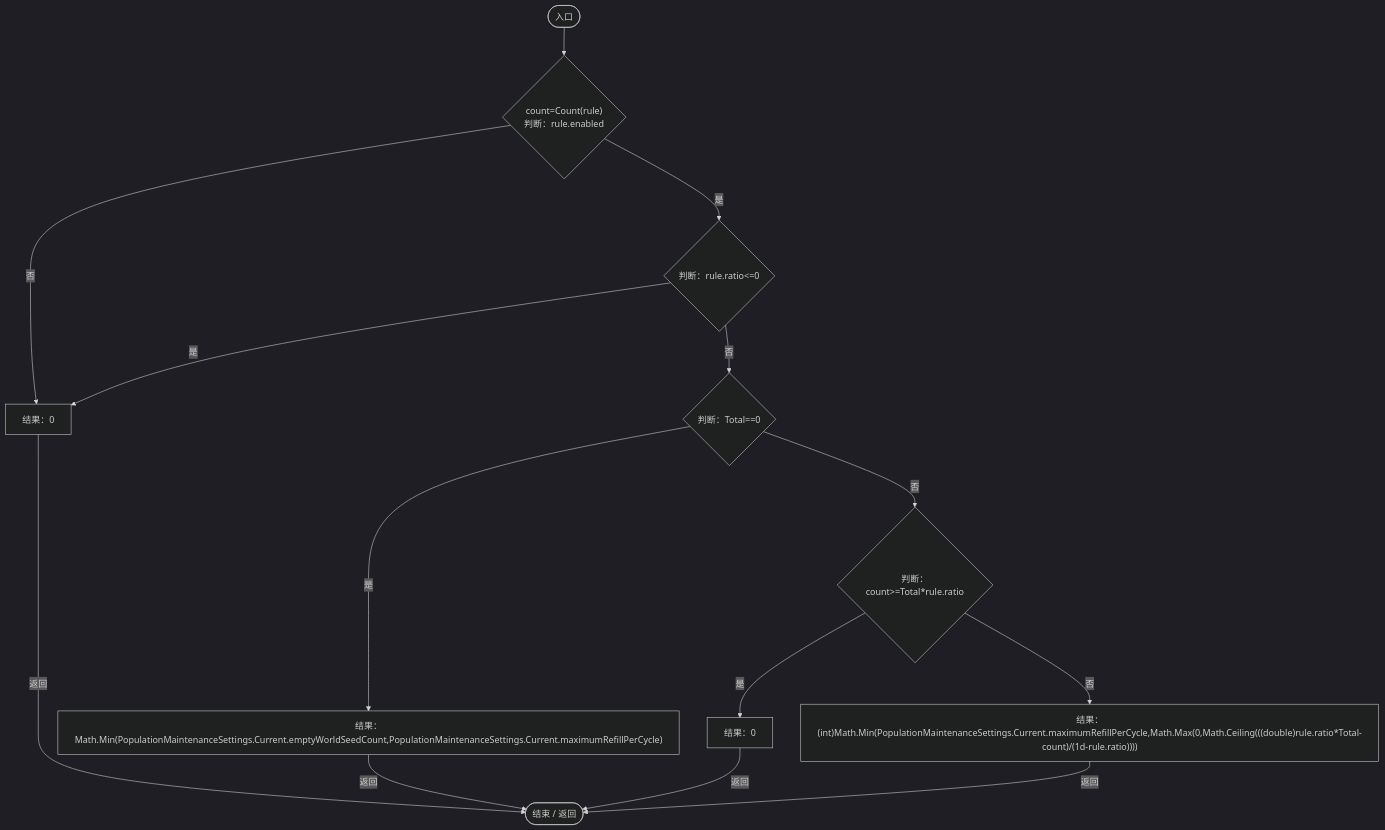
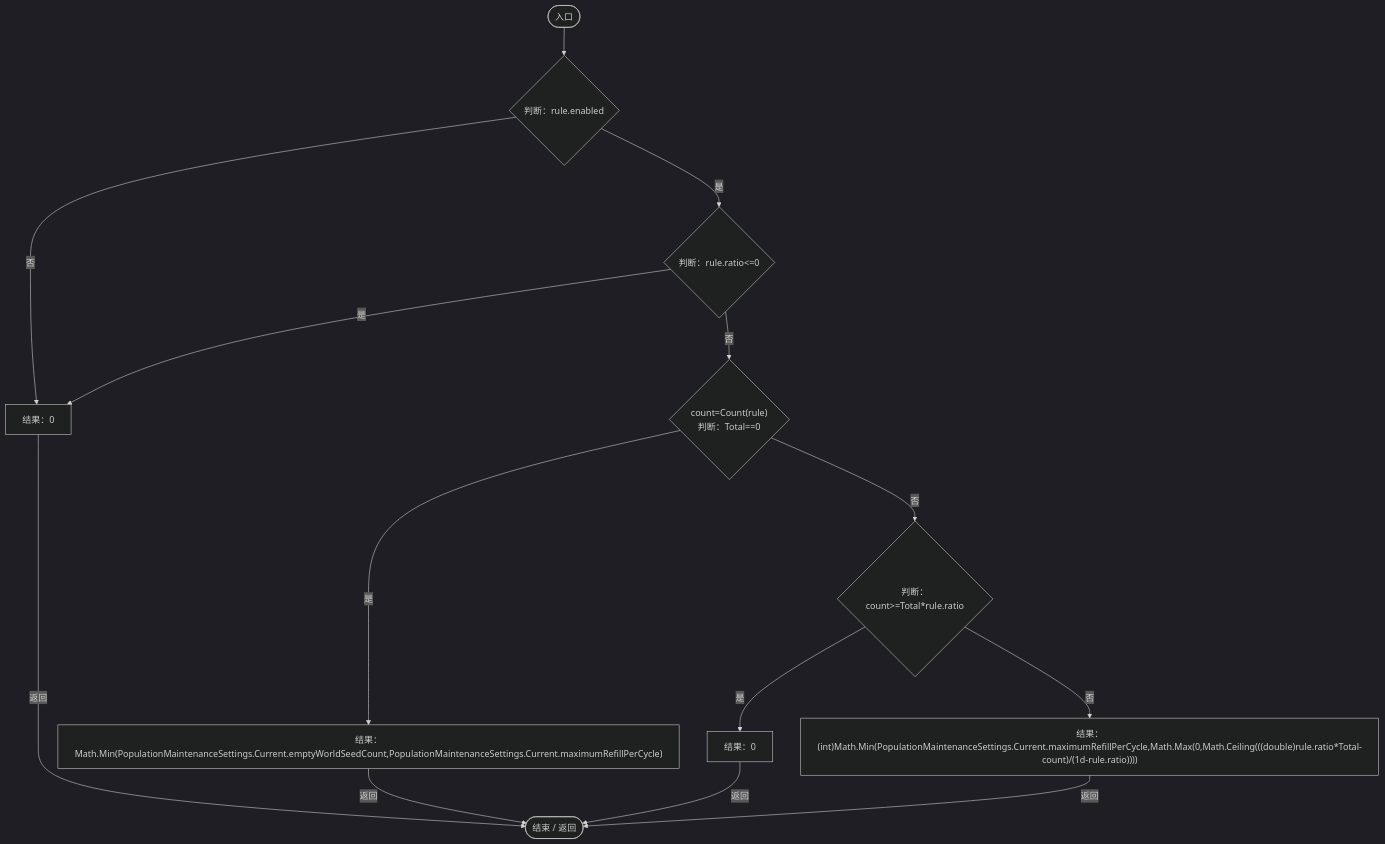
Before and after one commit to xhs6666/Darwin_paradise: diagram 18 of 34 in Docs/运行流程图/脚本/923ccc4e86c4786c.md, drawn with Mermaid (dark theme). The commit also changed other lines of this file and 167 other files, not shown here.

````diff
--- a/Docs/运行流程图/脚本/923ccc4e86c4786c.md
+++ b/Docs/运行流程图/脚本/923ccc4e86c4786c.md
@@ -848,27 +809,27 @@
 ```mermaid
 flowchart TD
   b0(["入口"])
-  b1{"count=Count(rule)<br/>判断：rule.enabled"}
+  b1{"判断：rule.enabled"}
   b2{"判断：rule.ratio&lt;=0"}
   b3["结果：0"]
-  b4{"判断：Total==0"}
+  b4{"count=Count(rule)<br/>判断：Total==0"}
   b5["结果：Math.Min(PopulationMaintenanceSettings.Current.emptyWorldSeedCount,PopulationMaintenanceSettings.Current.maximumRefillPerCycle)"]
   b6{"判断：count&gt;=Total*rule.ratio"}
   b7["结果：0"]
   b8["结果：(int)Math.Min(PopulationMaintenanceSettings.Current.maximumRefillPerCycle,Math.Max(0,Math.Ceiling(((double)rule.ratio*Total-count)/(1d-rule.ratio))))"]
   b9(["结束 / 返回"])
   b0 --> b1
   b1 -->|"是"| b2
   b1 -->|"否"| b3
   b2 -->|"是"| b3
   b2 -->|"否"| b4
   b3 -->|"返回"| b9
   b4 -->|"是"| b5
   b4 -->|"否"| b6
   b5 -->|"返回"| b9
   b6 -->|"是"| b7
   b6 -->|"否"| b8
   b7 -->|"返回"| b9
   b8 -->|"返回"| b9
 
 ```
````
